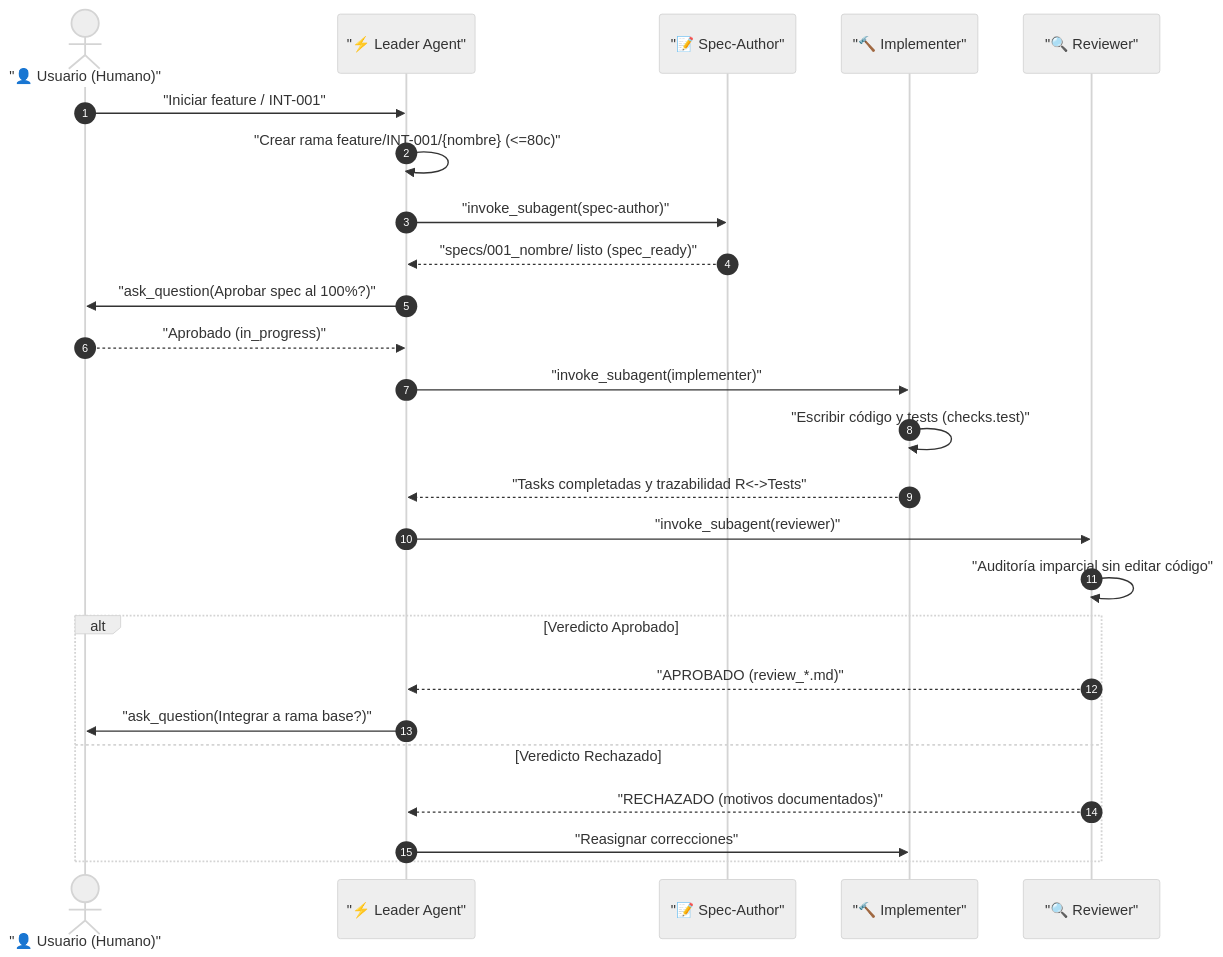
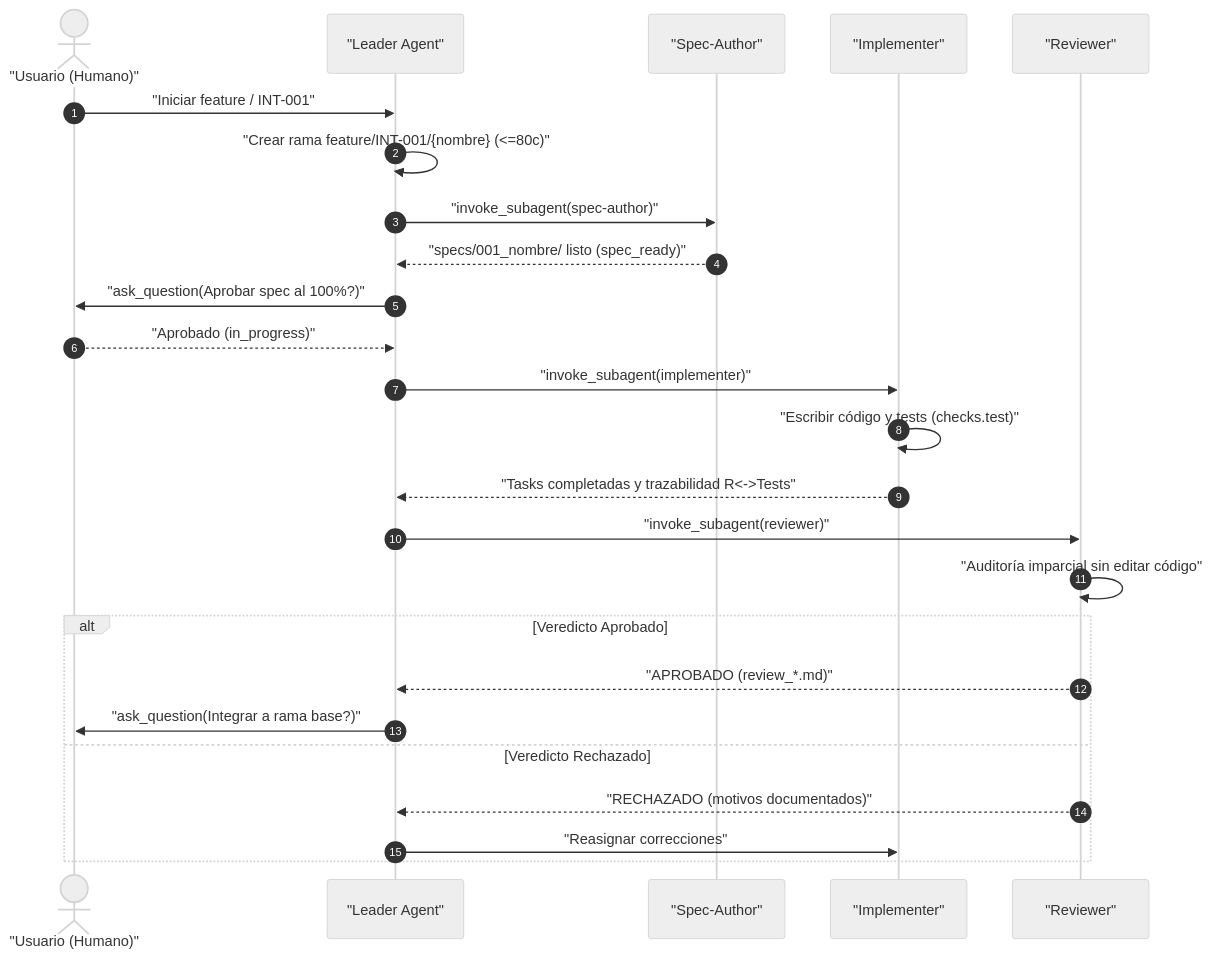
Before and after one commit to Nayid4/ContextForge: the diagram in project-docs/knowledge/modules/agent-orchestrator/sequence.md, drawn with Mermaid (neutral theme). The commit also changed 32 other files, not shown here.

````diff
--- a/project-docs/knowledge/modules/agent-orchestrator/sequence.md
+++ b/project-docs/knowledge/modules/agent-orchestrator/sequence.md
@@ -3,28 +3,28 @@
 ```mermaid
 sequenceDiagram
   autonumber
-  actor Humano as "👤 Usuario (Humano)"
-  participant Leader as "⚡ Leader Agent"
-  participant SpecAuthor as "📝 Spec-Author"
-  participant Implementer as "🔨 Implementer"
-  participant Reviewer as "🔍 Reviewer"
+  actor Humano as "Usuario (Humano)"
+  participant Leader as "Leader Agent"
+  participant SpecAuthor as "Spec-Author"
+  participant Implementer as "Implementer"
+  participant Reviewer as "Reviewer"
 
   Humano->>Leader: "Iniciar feature / INT-001"
   Leader->>Leader: "Crear rama feature/INT-001/{nombre} (<=80c)"
   Leader->>SpecAuthor: "invoke_subagent(spec-author)"
   SpecAuthor-->>Leader: "specs/001_nombre/ listo (spec_ready)"
   Leader->>Humano: "ask_question(Aprobar spec al 100%?)"
   Humano-->>Leader: "Aprobado (in_progress)"
   Leader->>Implementer: "invoke_subagent(implementer)"
   Implementer->>Implementer: "Escribir código y tests (checks.test)"
   Implementer-->>Leader: "Tasks completadas y trazabilidad R<->Tests"
   Leader->>Reviewer: "invoke_subagent(reviewer)"
   Reviewer->>Reviewer: "Auditoría imparcial sin editar código"
   alt Veredicto Aprobado
     Reviewer-->>Leader: "APROBADO (review_*.md)"
     Leader->>Humano: "ask_question(Integrar a rama base?)"
   else Veredicto Rechazado
     Reviewer-->>Leader: "RECHAZADO (motivos documentados)"
     Leader->>Implementer: "Reasignar correcciones"
   end
 ```
````
